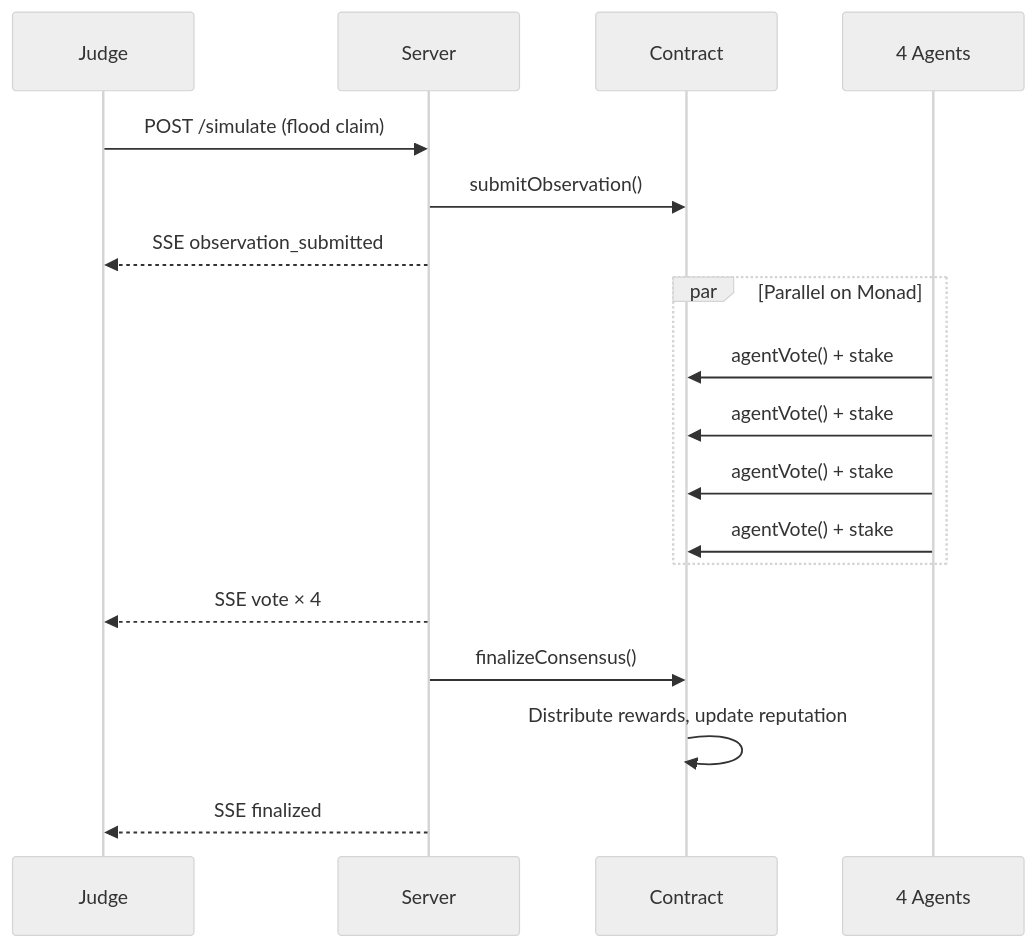
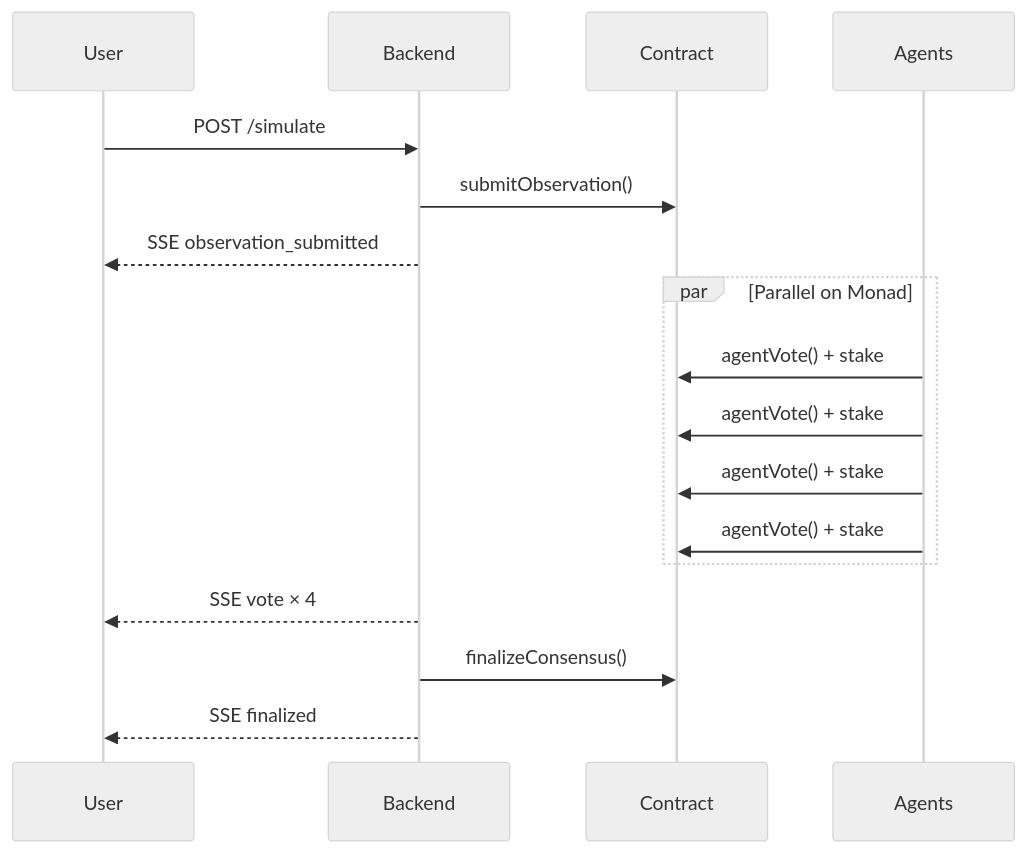
The diagram in ARCHITECTURE.md (rushikesh-geek/monad-blitz-mumbai), drawn with Mermaid (neutral theme) before and after one commit. The commit also changed other lines of this file and 55 other files, not shown here.

````diff
--- a/ARCHITECTURE.md
+++ b/ARCHITECTURE.md
@@ -43,23 +31,22 @@
 ```mermaid
 sequenceDiagram
-    participant J as Judge
-    participant S as Server
+    participant U as User
+    participant S as Backend
     participant C as Contract
-    participant A as 4 Agents
+    participant A as Agents
 
-    J->>S: POST /simulate (flood claim)
+    U->>S: POST /simulate
     S->>C: submitObservation()
-    S-->>J: SSE observation_submitted
+    S-->>U: SSE observation_submitted
 
     par Parallel on Monad
         A->>C: agentVote() + stake
         A->>C: agentVote() + stake
         A->>C: agentVote() + stake
         A->>C: agentVote() + stake
     end
-    S-->>J: SSE vote × 4
+    S-->>U: SSE vote × 4
 
     S->>C: finalizeConsensus()
-    C->>C: Distribute rewards, update reputation
-    S-->>J: SSE finalized
+    S-->>U: SSE finalized
 ```
````
